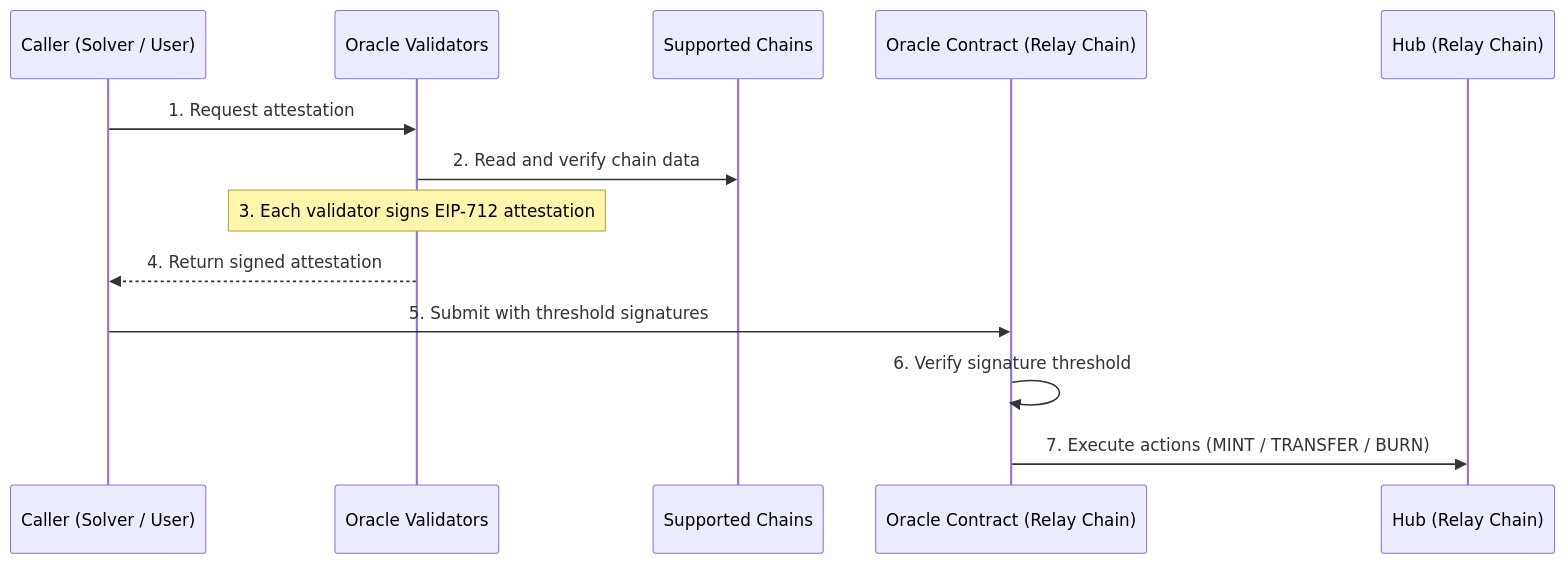
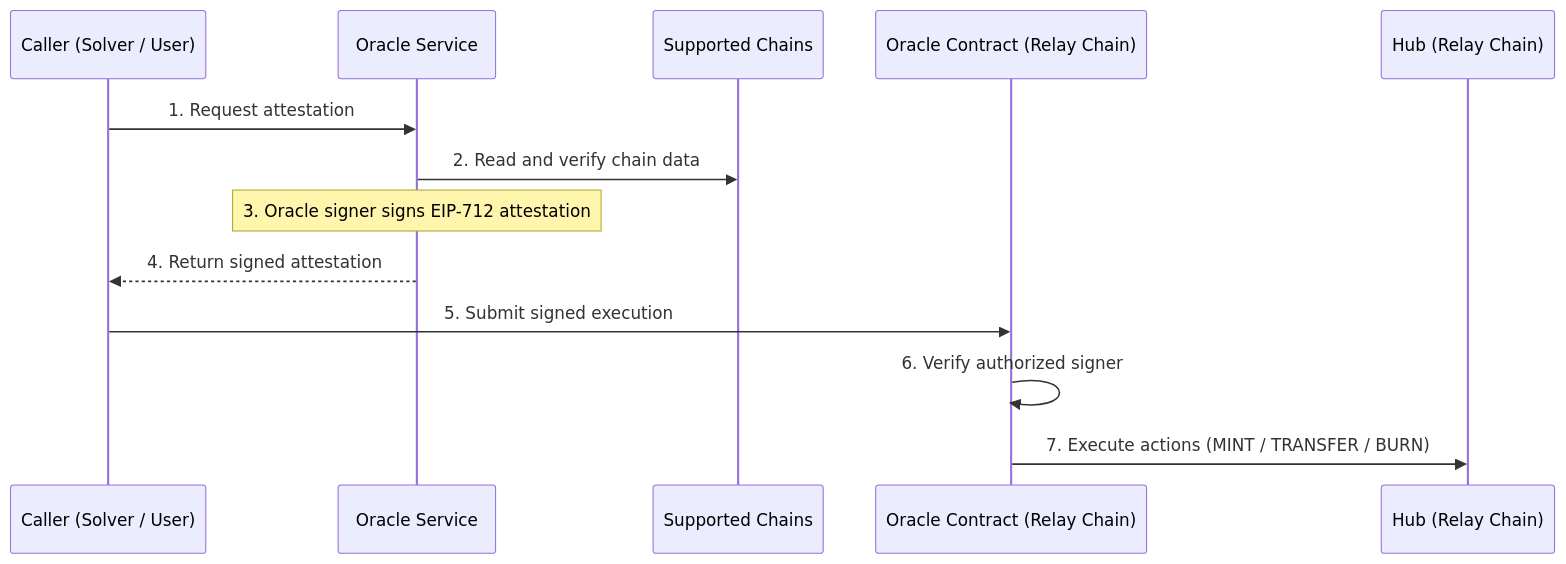
Before and after one commit to relayprotocol/relay-docs: the diagram in references/protocol/components/oracle.mdx, drawn with Mermaid. The commit also changed other lines of this file and 4 other files, not shown here.

Commit message:
Correct high-level protocol flow docs

````diff
--- a/references/protocol/components/oracle.mdx
+++ b/references/protocol/components/oracle.mdx
@@ -45,16 +45,16 @@
 ```mermaid
 sequenceDiagram
     participant Caller as Caller (Solver / User)
-    participant V as Oracle Validators
+    participant V as Oracle Service
     participant Chains as Supported Chains
     participant OC as Oracle Contract (Relay Chain)
     participant Hub as Hub (Relay Chain)
 
     Caller->>V: 1. Request attestation
     V->>Chains: 2. Read and verify chain data
-    Note over V: 3. Each validator signs EIP-712 attestation
+    Note over V: 3. Oracle signer signs EIP-712 attestation
     V-->>Caller: 4. Return signed attestation
-    Caller->>OC: 5. Submit with threshold signatures
-    OC->>OC: 6. Verify signature threshold
+    Caller->>OC: 5. Submit signed execution
+    OC->>OC: 6. Verify authorized signer
     OC->>Hub: 7. Execute actions (MINT / TRANSFER / BURN)
 ```
````
